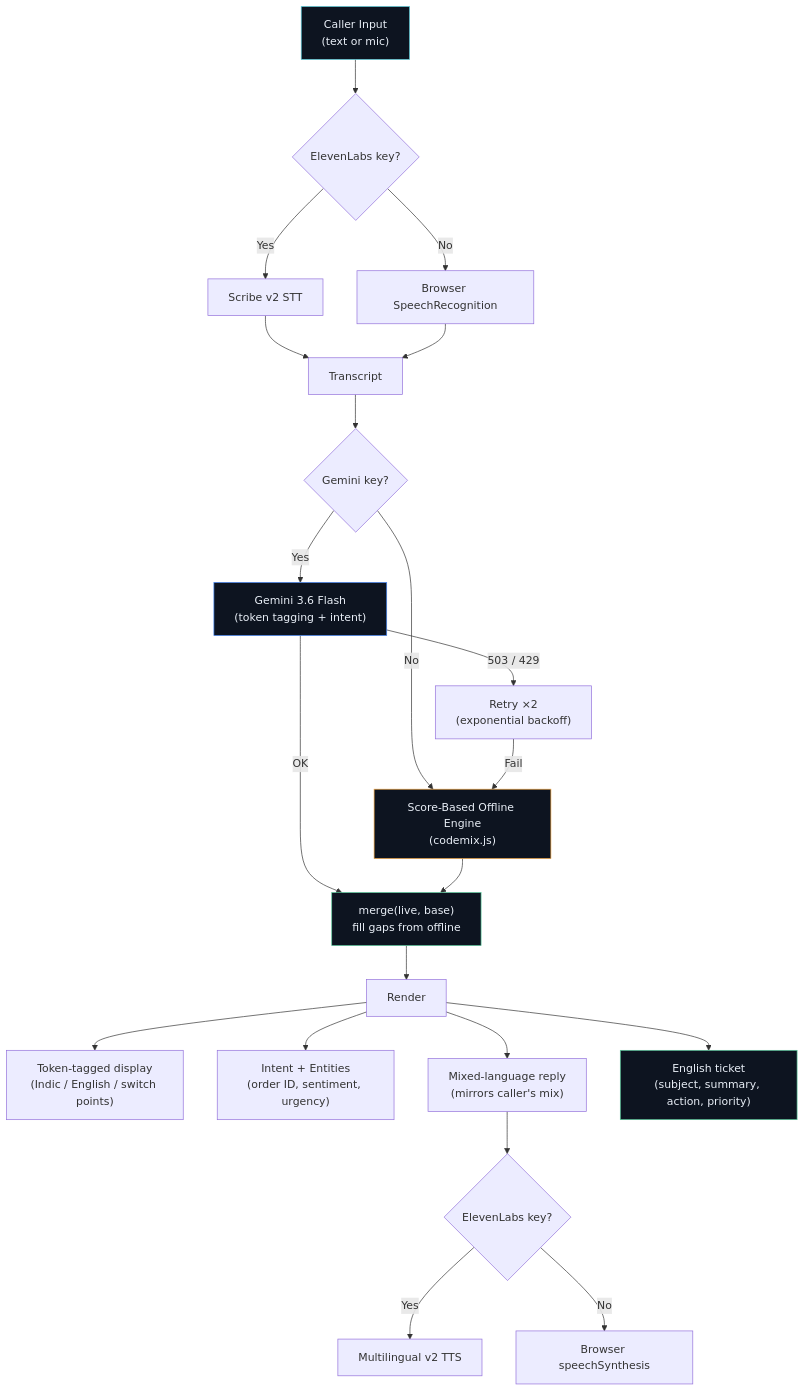
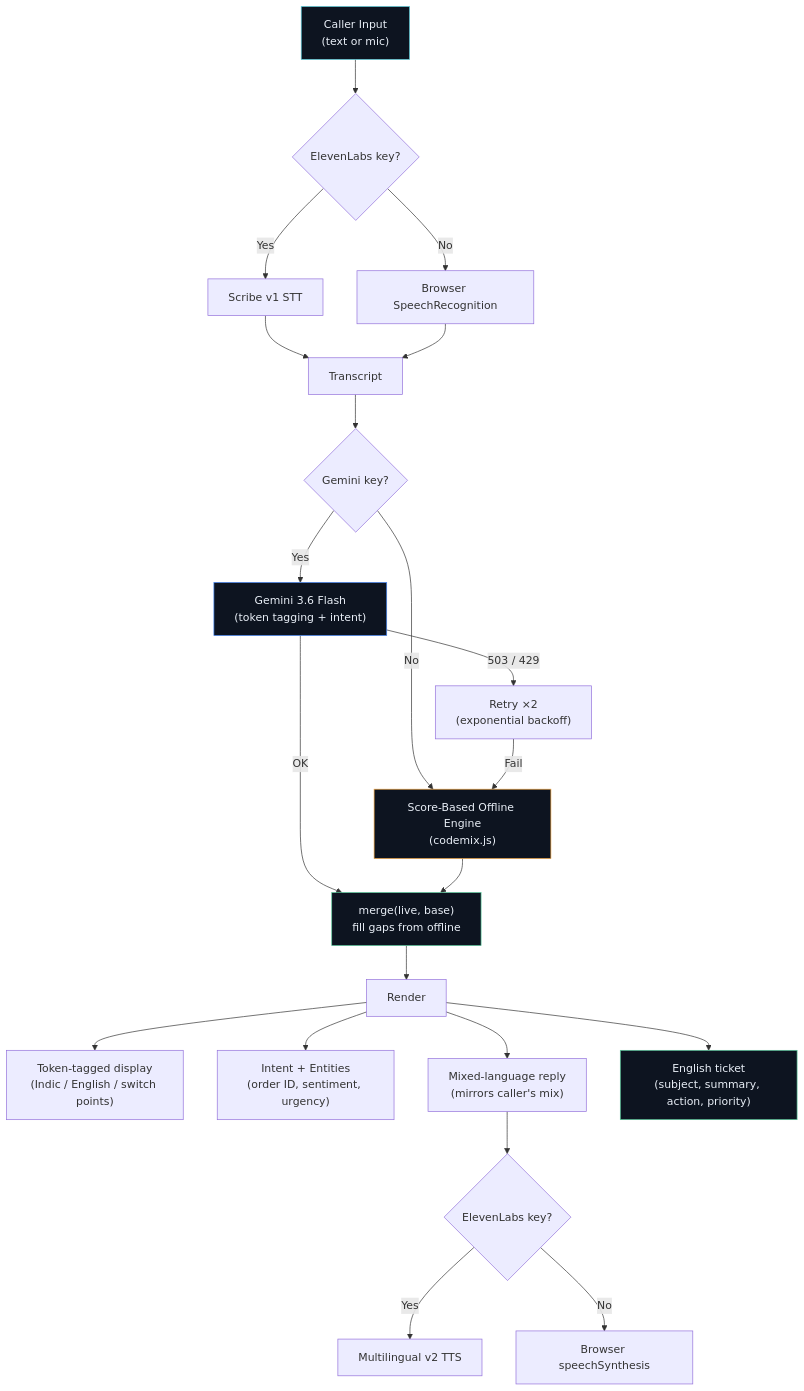
Before and after one commit to ramanathanmani/great-agent-hackathon-2026: the diagram in README.md, drawn with Mermaid. The commit also changed other lines of this file and 2 other files, not shown here.

Commit message:
docs: align SUBMISSION, README, ARCHITECTURE with measured results

````diff
--- a/README.md
+++ b/README.md
@@ -117,29 +118,29 @@
 ```mermaid
 graph TD
     A["Caller Input<br/>(text or mic)"] --> B{"ElevenLabs key?"}
-    B -->|Yes| C["Scribe v2 STT"]
+    B -->|Yes| C["Scribe v1 STT"]
     B -->|No| D["Browser SpeechRecognition"]
     C --> E["Transcript"]
     D --> E
     E --> F{"Gemini key?"}
     F -->|Yes| G["Gemini 3.6 Flash<br/>(token tagging + intent)"]
     F -->|No| H["Score-Based Offline Engine<br/>(codemix.js)"]
     G -->|"503 / 429"| I["Retry ×2<br/>(exponential backoff)"]
     I -->|Fail| H
     G -->|OK| J["merge(live, base)<br/>fill gaps from offline"]
     H --> J
     J --> K["Render"]
     K --> L["Token-tagged display<br/>(Indic / English / switch points)"]
     K --> M["Intent + Entities<br/>(order ID, sentiment, urgency)"]
     K --> N["Mixed-language reply<br/>(mirrors caller's mix)"]
     K --> O["English ticket<br/>(subject, summary, action, priority)"]
     N --> P{"ElevenLabs key?"}
     P -->|Yes| Q["Multilingual v2 TTS"]
     P -->|No| R["Browser speechSynthesis"]
 
     style A fill:#0D1420,stroke:#5FD0DE,color:#E9EFF7
     style G fill:#0D1420,stroke:#4285F4,color:#E9EFF7
     style H fill:#0D1420,stroke:#F0A340,color:#E9EFF7
     style J fill:#0D1420,stroke:#57C99A,color:#E9EFF7
     style O fill:#0D1420,stroke:#57C99A,color:#E9EFF7
 ```
````
